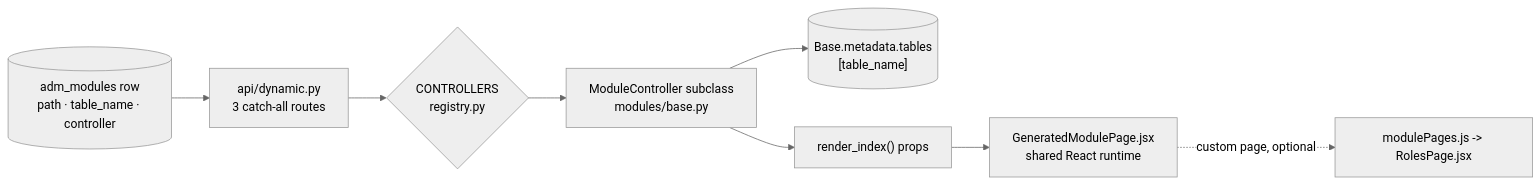
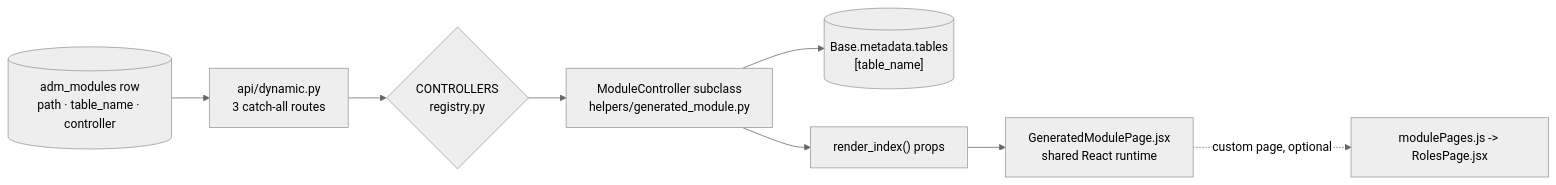
The fourth of 5 diagrams in docs/ARCHITECTURE.md (MarvinMosiCoder/vram-py), drawn with Mermaid (neutral theme) before and after one commit. The commit also changed other lines of this file and 41 other files, not shown here.

````diff
--- a/docs/ARCHITECTURE.md
+++ b/docs/ARCHITECTURE.md
@@ -403,10 +403,10 @@
 ```mermaid
 flowchart LR
     R[("adm_modules row<br/>path · table_name · controller")] --> D["api/dynamic.py<br/>3 catch-all routes"]
     D --> C{"CONTROLLERS<br/>registry.py"}
-    C --> M["ModuleController subclass<br/>modules/base.py"]
+    C --> M["ModuleController subclass<br/>helpers/generated_module.py"]
     M --> T[("Base.metadata.tables<br/>[table_name]")]
     M --> P["render_index() props"]
     P --> G["GeneratedModulePage.jsx<br/>shared React runtime"]
     G -.->|"custom page, optional"| W["modulePages.js -> RolesPage.jsx"]
 ```
````
